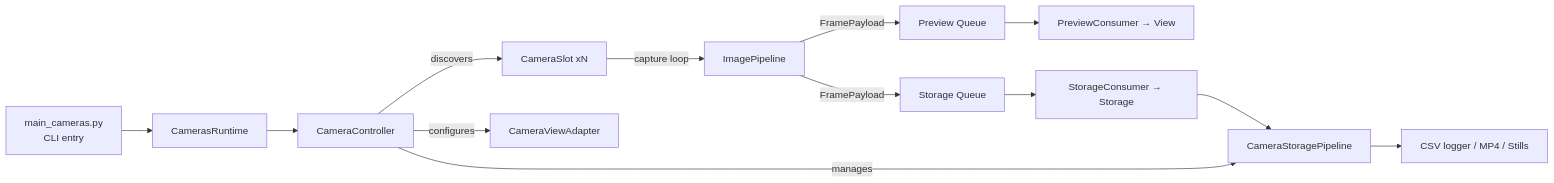
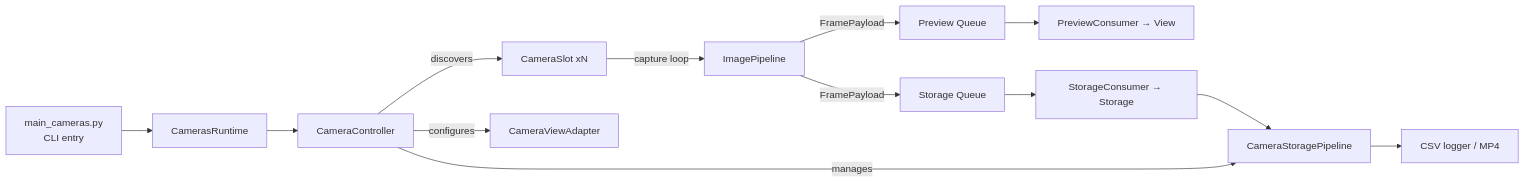
The diagram in rpi_logger/modules/Cameras/docs/architecture.md (JoelCooperPhD/RPi_Logger), drawn with Mermaid before and after one commit. The commit also changed other lines of this file and 6 other files, not shown here.

````diff
--- a/rpi_logger/modules/Cameras/docs/architecture.md
+++ b/rpi_logger/modules/Cameras/docs/architecture.md
@@ -16,16 +16,16 @@
 ```mermaid
 flowchart LR
     A[main_cameras.py
 CLI entry] --> B[CamerasRuntime]
     B --> C[CameraController]
     C -->|discovers| D[CameraSlot xN]
     C -->|configures| E[CameraViewAdapter]
     C -->|manages| F[CameraStoragePipeline]
     D -->|capture loop| G[ImagePipeline]
     G -->|FramePayload| H[Preview Queue]
     G -->|FramePayload| I[Storage Queue]
     H --> J[PreviewConsumer → View]
     I --> K[StorageConsumer → Storage]
     K --> F
-    F --> L[CSV logger / MP4 / Stills]
+    F --> L[CSV logger / MP4]
 ```
````
